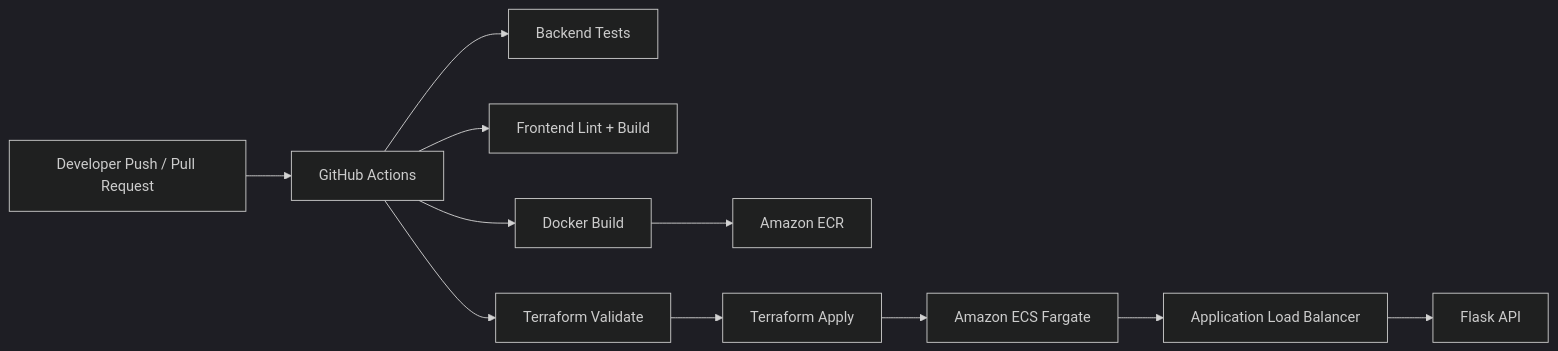
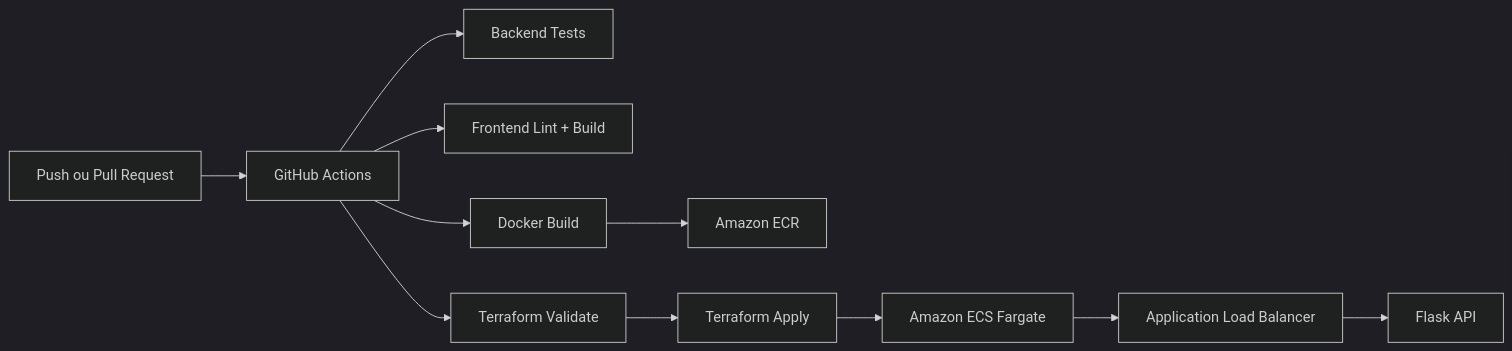
One commit to FelipeAlMuniz/devops-ci-cd-cloud-project changed the diagram in README.md. Above: the diagram before and after it, drawn with Mermaid (dark theme). The commit also changed other lines of this file and 3 other files, not shown here.

````diff
--- a/README.md
+++ b/README.md
@@ -23,13 +38,13 @@
 ```mermaid
 flowchart LR
-    A["Developer Push / Pull Request"] --> B["GitHub Actions"]
+    A["Push ou Pull Request"] --> B["GitHub Actions"]
     B --> C["Backend Tests"]
     B --> D["Frontend Lint + Build"]
     B --> E["Terraform Validate"]
     B --> F["Docker Build"]
     F --> G["Amazon ECR"]
     E --> H["Terraform Apply"]
     H --> I["Amazon ECS Fargate"]
     I --> J["Application Load Balancer"]
     J --> K["Flask API"]
 ```
````
